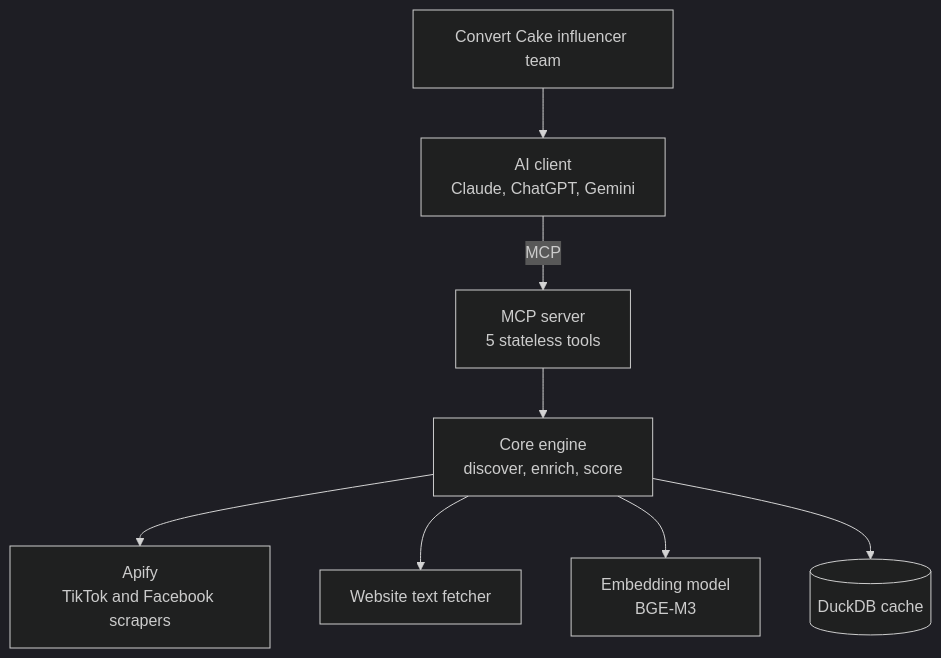
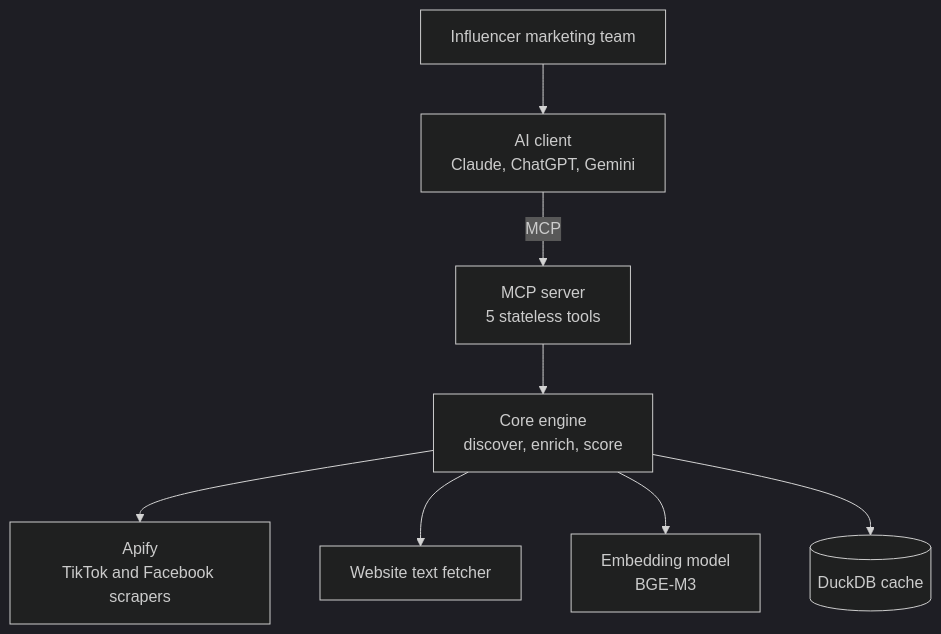
The diagram in AGENTS.md (GUYBURA/tiktok-kol-matcher-for-thai), drawn with Mermaid (dark theme) before and after one commit. The commit also changed other lines of this file, not shown here.

First line of the commit message:
docs: remove Convert Cake mentions from AGENTS.md

````diff
--- a/AGENTS.md
+++ b/AGENTS.md
@@ -29,10 +27,10 @@
 ```mermaid
 flowchart TD
-    U[Convert Cake influencer team] --> C[AI client<br/>Claude, ChatGPT, Gemini]
+    U[Influencer marketing team] --> C[AI client<br/>Claude, ChatGPT, Gemini]
     C -->|MCP| S[MCP server<br/>5 stateless tools]
     S --> E[Core engine<br/>discover, enrich, score]
     E --> A[Apify<br/>TikTok and Facebook scrapers]
     E --> W[Website text fetcher]
     E --> M[Embedding model<br/>BGE-M3]
     E --> D[(DuckDB cache)]
 ```
````
